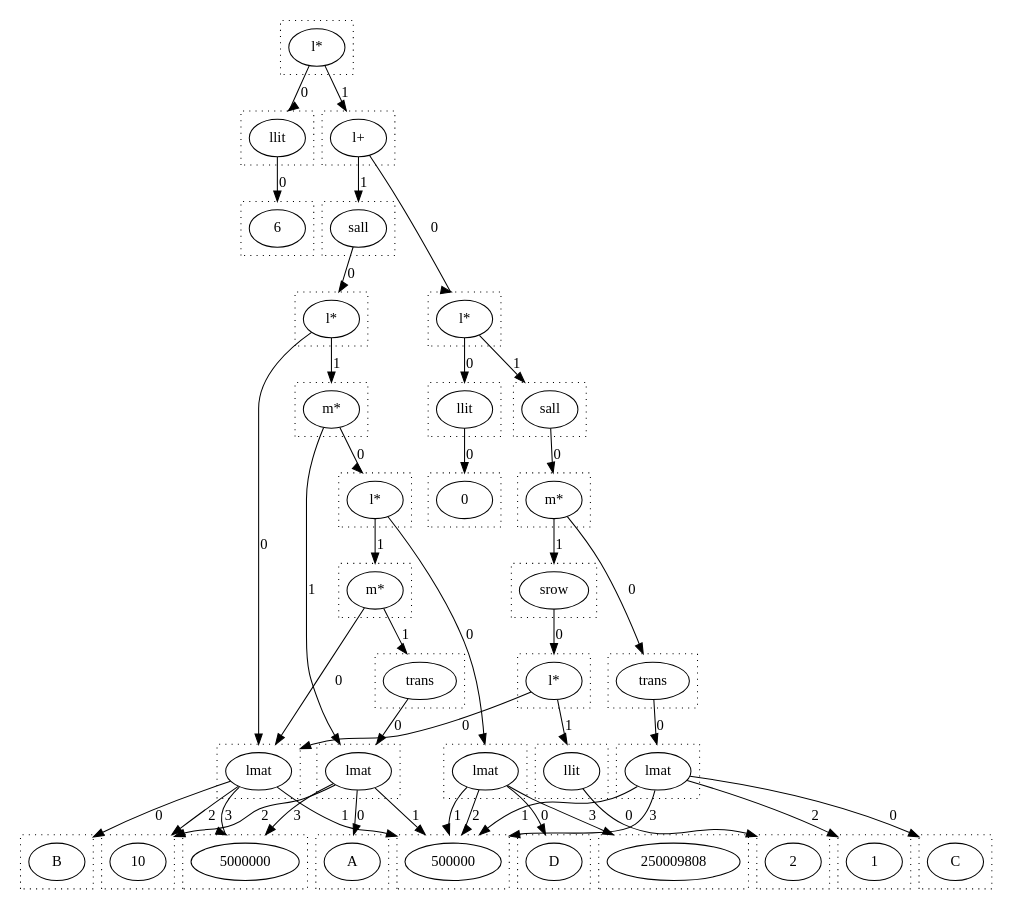
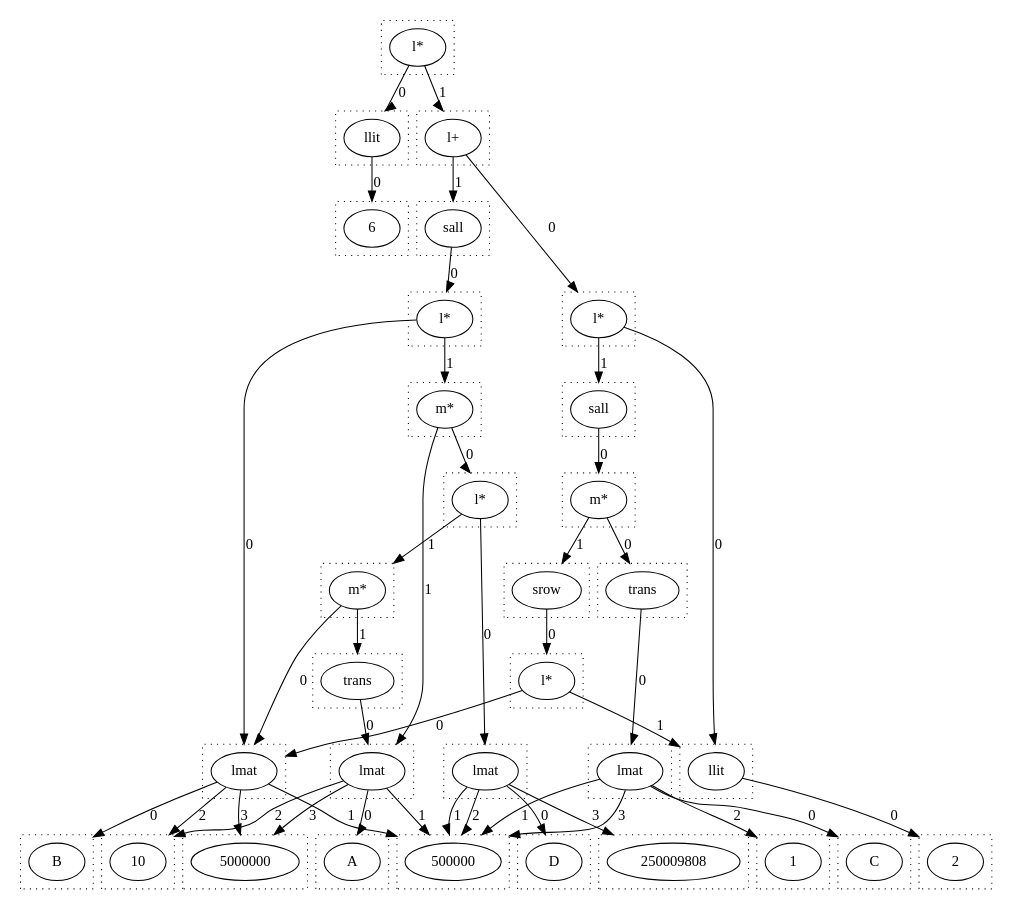
One commit to wormhole-optimization/warp changed the diagram in dots/dag.dot. Above: the diagram before and after it, drawn with Graphviz. The commit also changed 5 other files, not shown here.

```diff
--- a/dots/dag.dot
+++ b/dots/dag.dot
@@ -1,177 +1,168 @@
 digraph {
   compound=true
   subgraph cluster_0 {
     style=dotted
     0.0[label = "6"]
   }
   subgraph cluster_1 {
     style=dotted
     1.0[label = "llit"]
   }
   subgraph cluster_2 {
     style=dotted
-    2.0[label = "0"]
+    2.0[label = "2"]
   }
   subgraph cluster_3 {
     style=dotted
     3.0[label = "llit"]
   }
   subgraph cluster_4 {
     style=dotted
     4.0[label = "C"]
   }
   subgraph cluster_5 {
     style=dotted
     5.0[label = "500000"]
   }
   subgraph cluster_6 {
     style=dotted
     6.0[label = "1"]
   }
   subgraph cluster_7 {
     style=dotted
     7.0[label = "lmat"]
   }
   subgraph cluster_8 {
     style=dotted
     8.0[label = "trans"]
   }
   subgraph cluster_9 {
     style=dotted
     9.0[label = "B"]
   }
   subgraph cluster_10 {
     style=dotted
     10.0[label = "10"]
   }
   subgraph cluster_11 {
     style=dotted
     11.0[label = "5000000"]
   }
   subgraph cluster_12 {
     style=dotted
     12.0[label = "lmat"]
   }
   subgraph cluster_13 {
     style=dotted
-    13.0[label = "2"]
+    13.0[label = "l*"]
   }
   subgraph cluster_14 {
     style=dotted
-    14.0[label = "llit"]
+    14.0[label = "srow"]
   }
   subgraph cluster_15 {
     style=dotted
-    15.0[label = "l*"]
+    15.0[label = "m*"]
   }
   subgraph cluster_16 {
     style=dotted
-    16.0[label = "srow"]
+    16.0[label = "sall"]
   }
   subgraph cluster_17 {
     style=dotted
-    17.0[label = "m*"]
+    17.0[label = "l*"]
   }
   subgraph cluster_18 {
     style=dotted
-    18.0[label = "sall"]
+    18.0[label = "D"]
   }
   subgraph cluster_19 {
     style=dotted
-    19.0[label = "l*"]
+    19.0[label = "250009808"]
   }
   subgraph cluster_20 {
     style=dotted
-    20.0[label = "D"]
+    20.0[label = "lmat"]
   }
   subgraph cluster_21 {
     style=dotted
-    21.0[label = "250009808"]
+    21.0[label = "A"]
   }
   subgraph cluster_22 {
     style=dotted
     22.0[label = "lmat"]
   }
   subgraph cluster_23 {
     style=dotted
-    23.0[label = "A"]
+    23.0[label = "trans"]
   }
   subgraph cluster_24 {
     style=dotted
-    24.0[label = "lmat"]
+    24.0[label = "m*"]
   }
   subgraph cluster_25 {
     style=dotted
-    25.0[label = "trans"]
+    25.0[label = "l*"]
   }
   subgraph cluster_26 {
     style=dotted
     26.0[label = "m*"]
   }
   subgraph cluster_27 {
     style=dotted
     27.0[label = "l*"]
   }
   subgraph cluster_28 {
     style=dotted
-    28.0[label = "m*"]
+    28.0[label = "sall"]
   }
   subgraph cluster_29 {
     style=dotted
-    29.0[label = "l*"]
+    29.0[label = "l+"]
   }
   subgraph cluster_30 {
     style=dotted
-    30.0[label = "sall"]
-  }
-  subgraph cluster_31 {
-    style=dotted
-    31.0[label = "l+"]
-  }
-  subgraph cluster_32 {
-    style=dotted
-    32.0[label = "l*"]
+    30.0[label = "l*"]
   }
   1.0 -> 0.0 [lhead = cluster_0, label = 0]
   3.0 -> 2.0 [lhead = cluster_2, label = 0]
   7.0 -> 4.0 [lhead = cluster_4, label = 0]
   7.0 -> 5.0 [lhead = cluster_5, label = 1]
   7.0 -> 6.0 [lhead = cluster_6, label = 2]
   7.0 -> 5.0 [lhead = cluster_5, label = 3]
   8.0 -> 7.0 [lhead = cluster_7, label = 0]
   12.0 -> 9.0 [lhead = cluster_9, label = 0]
   12.0 -> 5.0 [lhead = cluster_5, label = 1]
   12.0 -> 10.0 [lhead = cluster_10, label = 2]
   12.0 -> 11.0 [lhead = cluster_11, label = 3]
+  13.0 -> 12.0 [lhead = cluster_12, label = 0]
+  13.0 -> 3.0 [lhead = cluster_3, label = 1]
   14.0 -> 13.0 [lhead = cluster_13, label = 0]
-  15.0 -> 12.0 [lhead = cluster_12, label = 0]
+  15.0 -> 8.0 [lhead = cluster_8, label = 0]
   15.0 -> 14.0 [lhead = cluster_14, label = 1]
   16.0 -> 15.0 [lhead = cluster_15, label = 0]
-  17.0 -> 8.0 [lhead = cluster_8, label = 0]
+  17.0 -> 3.0 [lhead = cluster_3, label = 0]
   17.0 -> 16.0 [lhead = cluster_16, label = 1]
-  18.0 -> 17.0 [lhead = cluster_17, label = 0]
-  19.0 -> 3.0 [lhead = cluster_3, label = 0]
-  19.0 -> 18.0 [lhead = cluster_18, label = 1]
-  22.0 -> 20.0 [lhead = cluster_20, label = 0]
+  20.0 -> 18.0 [lhead = cluster_18, label = 0]
+  20.0 -> 5.0 [lhead = cluster_5, label = 1]
+  20.0 -> 5.0 [lhead = cluster_5, label = 2]
+  20.0 -> 19.0 [lhead = cluster_19, label = 3]
+  22.0 -> 21.0 [lhead = cluster_21, label = 0]
   22.0 -> 5.0 [lhead = cluster_5, label = 1]
-  22.0 -> 5.0 [lhead = cluster_5, label = 2]
-  22.0 -> 21.0 [lhead = cluster_21, label = 3]
-  24.0 -> 23.0 [lhead = cluster_23, label = 0]
-  24.0 -> 5.0 [lhead = cluster_5, label = 1]
-  24.0 -> 10.0 [lhead = cluster_10, label = 2]
-  24.0 -> 11.0 [lhead = cluster_11, label = 3]
-  25.0 -> 24.0 [lhead = cluster_24, label = 0]
-  26.0 -> 12.0 [lhead = cluster_12, label = 0]
-  26.0 -> 25.0 [lhead = cluster_25, label = 1]
-  27.0 -> 22.0 [lhead = cluster_22, label = 0]
+  22.0 -> 10.0 [lhead = cluster_10, label = 2]
+  22.0 -> 11.0 [lhead = cluster_11, label = 3]
+  23.0 -> 22.0 [lhead = cluster_22, label = 0]
+  24.0 -> 12.0 [lhead = cluster_12, label = 0]
+  24.0 -> 23.0 [lhead = cluster_23, label = 1]
+  25.0 -> 20.0 [lhead = cluster_20, label = 0]
+  25.0 -> 24.0 [lhead = cluster_24, label = 1]
+  26.0 -> 25.0 [lhead = cluster_25, label = 0]
+  26.0 -> 22.0 [lhead = cluster_22, label = 1]
+  27.0 -> 12.0 [lhead = cluster_12, label = 0]
   27.0 -> 26.0 [lhead = cluster_26, label = 1]
   28.0 -> 27.0 [lhead = cluster_27, label = 0]
-  28.0 -> 24.0 [lhead = cluster_24, label = 1]
-  29.0 -> 12.0 [lhead = cluster_12, label = 0]
+  29.0 -> 17.0 [lhead = cluster_17, label = 0]
   29.0 -> 28.0 [lhead = cluster_28, label = 1]
-  30.0 -> 29.0 [lhead = cluster_29, label = 0]
-  31.0 -> 19.0 [lhead = cluster_19, label = 0]
-  31.0 -> 30.0 [lhead = cluster_30, label = 1]
-  32.0 -> 1.0 [lhead = cluster_1, label = 0]
-  32.0 -> 31.0 [lhead = cluster_31, label = 1]
+  30.0 -> 1.0 [lhead = cluster_1, label = 0]
+  30.0 -> 29.0 [lhead = cluster_29, label = 1]
 }
```
